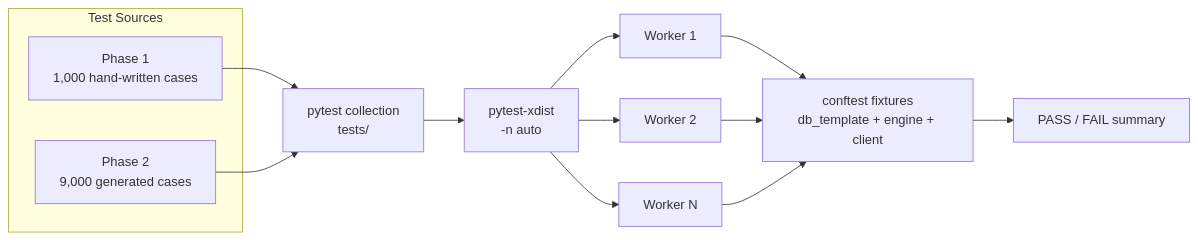
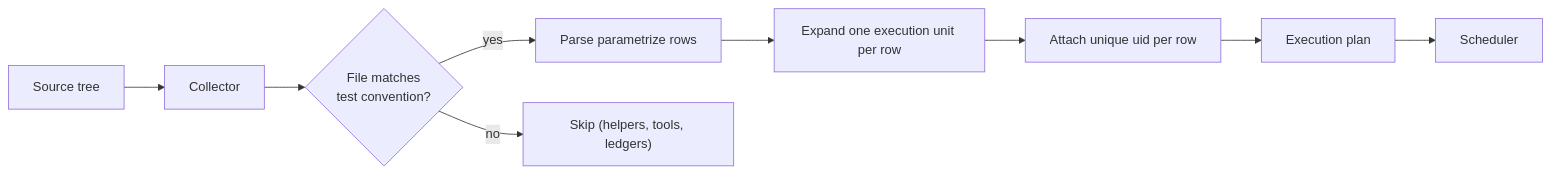
One commit to biszdevelopers/general-moderation changed the third of 14 diagrams in docs/guide/testing.md. Above: the diagram before and after it, drawn with Mermaid. The commit also changed other lines of this file, not shown here.

Commit message:
[TEST-DOCS] Expand testing architecture guide to textbook depth, number-free

````diff
--- a/docs/guide/testing.md
+++ b/docs/guide/testing.md
@@ -22,17 +126,11 @@
 ```mermaid
 flowchart LR
-    subgraph Source["Test Sources"]
-        A["Phase 1<br/>1,000 hand-written cases"]
-        B["Phase 2<br/>9,000 generated cases"]
-    end
-    A --> C["pytest collection<br/>tests/"]
-    B --> C
-    C --> D["pytest-xdist<br/>-n auto"]
-    D --> E["Worker 1"]
-    D --> F["Worker 2"]
-    D --> G["Worker N"]
-    E --> H["conftest fixtures<br/>db_template + engine + client"]
-    F --> H
-    G --> H
-    H --> I["PASS / FAIL summary"]
+    A["Source tree"] --> B["Collector"]
+    B --> C{"File matches<br/>test convention?"}
+    C -- yes --> D["Parse parametrize rows"]
+    D --> E["Expand one execution unit per row"]
+    E --> F["Attach unique uid per row"]
+    F --> G["Execution plan"]
+    C -- no --> H["Skip (helpers, tools, ledgers)"]
+    G --> I["Scheduler"]
 ```
````
